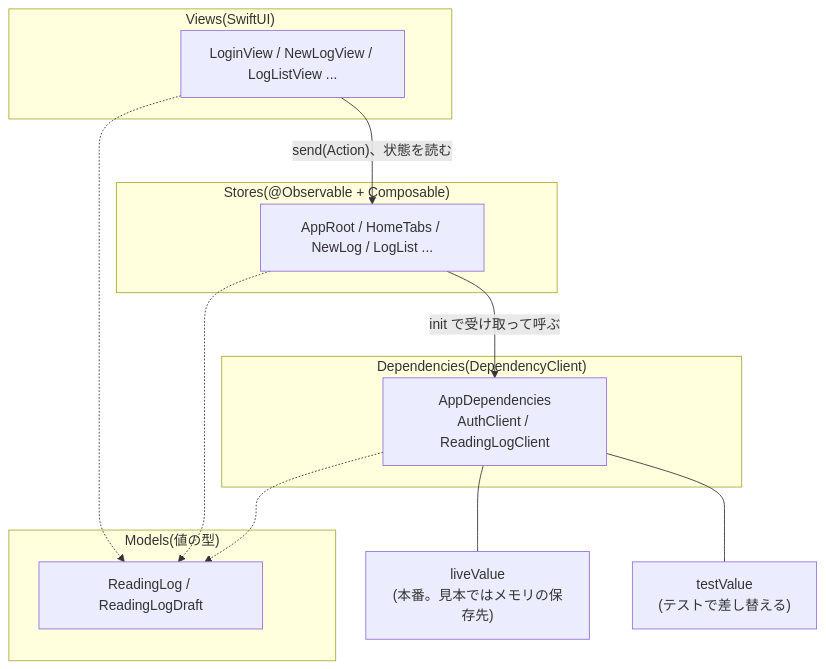
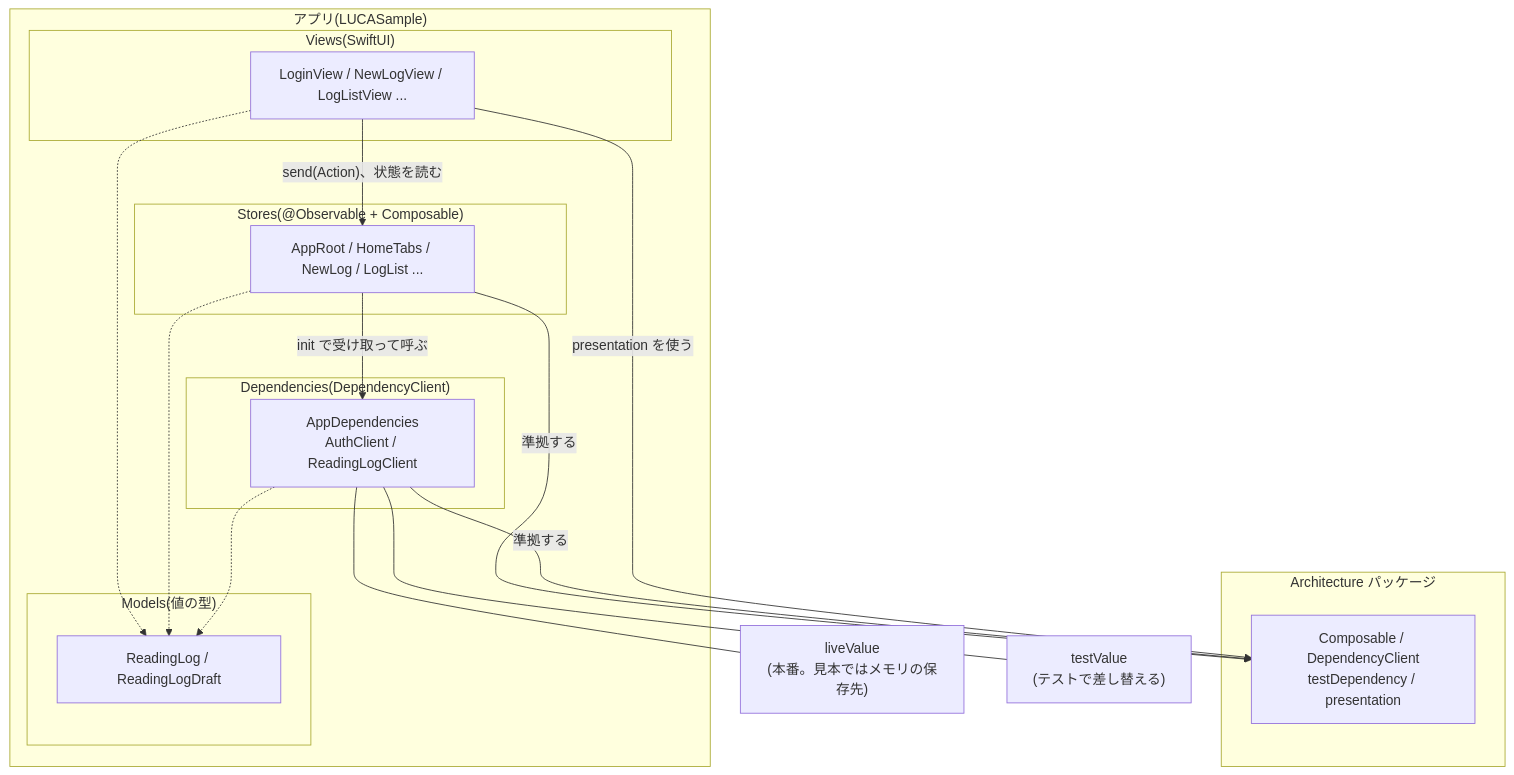
The first of 6 diagrams in README.md (kz56cd/RillArchitectureSample), drawn with Mermaid before and after one commit. The commit also changed other lines of this file and 27 other files, not shown here.

First line of the commit message:
Architecture をローカルの Swift パッケージに切り出し、テストを足す

````diff
--- a/README.md
+++ b/README.md
@@ -33,23 +36,31 @@
 ```mermaid
 flowchart TB
-    subgraph Views["Views(SwiftUI)"]
-        V["LoginView / NewLogView / LogListView ..."]
+    subgraph App["アプリ(LUCASample)"]
+        subgraph Views["Views(SwiftUI)"]
+            V["LoginView / NewLogView / LogListView ..."]
+        end
+        subgraph Stores["Stores(@Observable + Composable)"]
+            S["AppRoot / HomeTabs / NewLog / LogList ..."]
+        end
+        subgraph Dependencies["Dependencies(DependencyClient)"]
+            D["AppDependencies<br/>AuthClient / ReadingLogClient"]
+        end
+        subgraph Models["Models(値の型)"]
+            M["ReadingLog / ReadingLogDraft"]
+        end
     end
-    subgraph Stores["Stores(@Observable + Composable)"]
-        S["AppRoot / HomeTabs / NewLog / LogList ..."]
-    end
-    subgraph Dependencies["Dependencies(DependencyClient)"]
-        D["AppDependencies<br/>AuthClient / ReadingLogClient"]
-    end
-    subgraph Models["Models(値の型)"]
-        M["ReadingLog / ReadingLogDraft"]
+    subgraph Package["Architecture パッケージ"]
+        P["Composable / DependencyClient<br/>testDependency / presentation"]
     end
     Live["liveValue<br/>(本番。見本ではメモリの保存先)"]
     Test["testValue<br/>(テストで差し替える)"]
 
     V -- "send(Action)、状態を読む" --> S
     S -- "init で受け取って呼ぶ" --> D
     D --- Live
     D --- Test
     V & S & D -.-> M
+    S -- "準拠する" --> P
+    D -- "準拠する" --> P
+    V -- "presentation を使う" --> P
 ```
````
